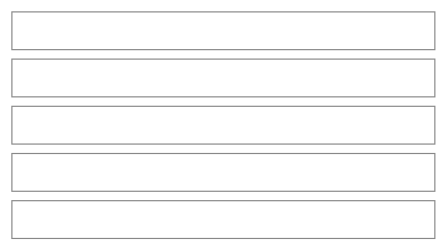
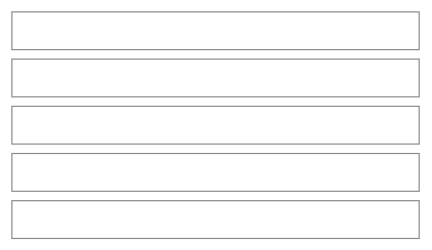
Diagram 12 of 31 in src/apps/pinch/UX.md (NovaMoonX/moondreams-dev-apps), drawn with Mermaid before and after one commit. The commit also changed other lines of this file and 2 other files, not shown here.

First line of the commit message:
Pinch redesign: docs for the recipe start flow, nutrition basis, view options and help modal

````diff
--- a/src/apps/pinch/UX.md
+++ b/src/apps/pinch/UX.md
@@ -368,15 +390,15 @@
 ```mermaid
 %%{init: {'theme': 'base', 'themeVariables': {'primaryColor': 'transparent', 'primaryBorderColor': '#888888', 'primaryTextColor': '#333333', 'lineColor': '#888888'}}}%%
 block-beta
   columns 1
   S1["‹ New recipe"]
   S2["📝 From text · Paste a recipe, say from a chat"]
-  S3["📷 From a photo · A picture, screenshot or PDF"]
+  S3["📎 From a file · A photo, screenshot or PDF"]
   S4["🔗 From a link · A recipe page on the web"]
   S5["✍️ Write it yourself · Start with a blank recipe"]
   style S1 fill:transparent,stroke:#888888,stroke-width:1px;
   style S2 fill:transparent,stroke:#888888,stroke-width:1px;
   style S3 fill:transparent,stroke:#888888,stroke-width:1px;
   style S4 fill:transparent,stroke:#888888,stroke-width:1px;
   style S5 fill:transparent,stroke:#888888,stroke-width:1px;
 ```
````
